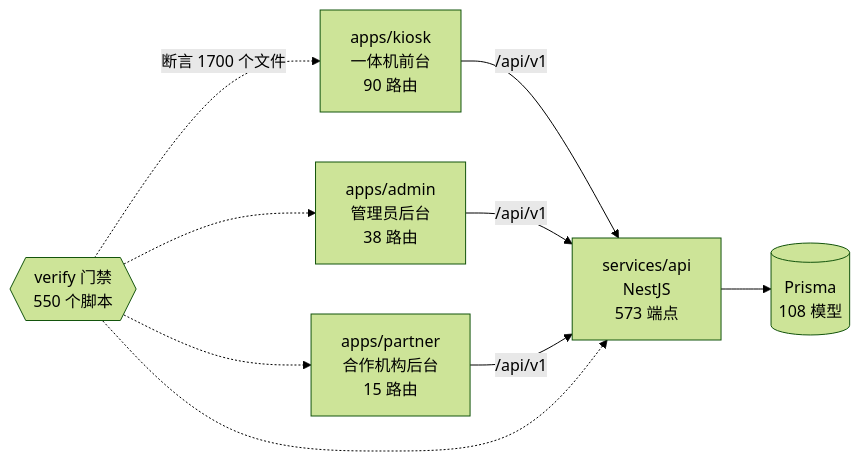
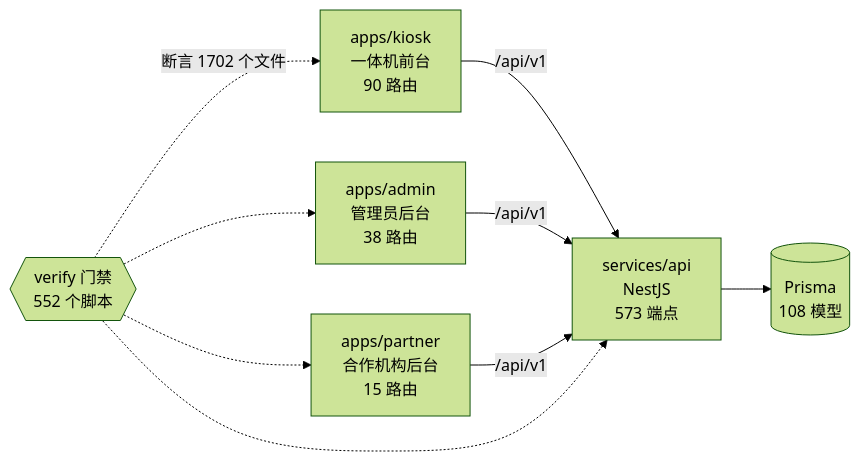
Before and after one commit to wanglei581/YITIJI: the diagram in docs/graph/README.md, drawn with Mermaid (forest theme). The commit also changed other lines of this file and 10 other files, not shown here.

````diff
--- a/docs/graph/README.md
+++ b/docs/graph/README.md
@@ -68,18 +68,18 @@
 ```mermaid
 flowchart LR
   kiosk["apps/kiosk<br/>一体机前台<br/>90 路由"]
   admin["apps/admin<br/>管理员后台<br/>38 路由"]
   partner["apps/partner<br/>合作机构后台<br/>15 路由"]
   api["services/api<br/>NestJS<br/>573 端点"]
   db[("Prisma<br/>108 模型")]
-  gates{{"verify 门禁<br/>550 个脚本"}}
+  gates{{"verify 门禁<br/>552 个脚本"}}
 
   kiosk -->|"/api/v1"| api
   admin -->|"/api/v1"| api
   partner -->|"/api/v1"| api
   api --> db
-  gates -.->|"断言 1700 个文件"| kiosk
+  gates -.->|"断言 1702 个文件"| kiosk
   gates -.-> admin
   gates -.-> partner
   gates -.-> api
 ```
````
